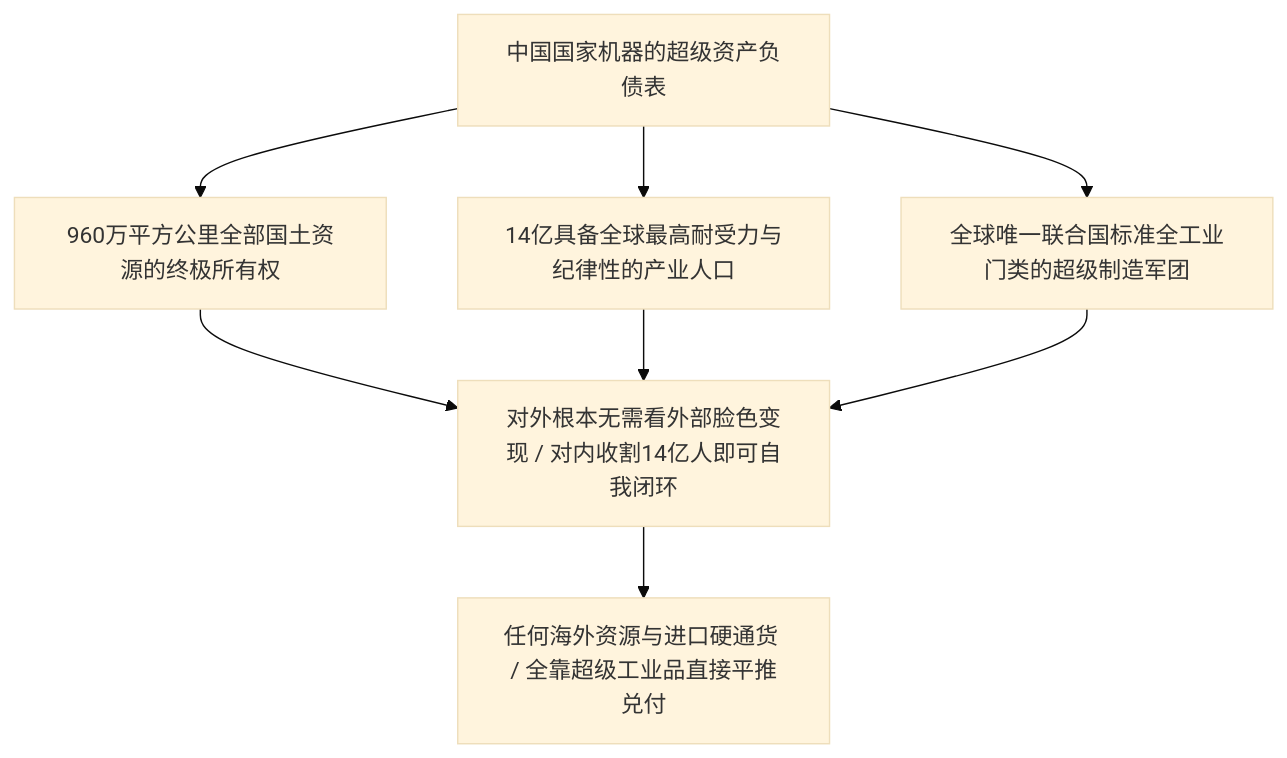
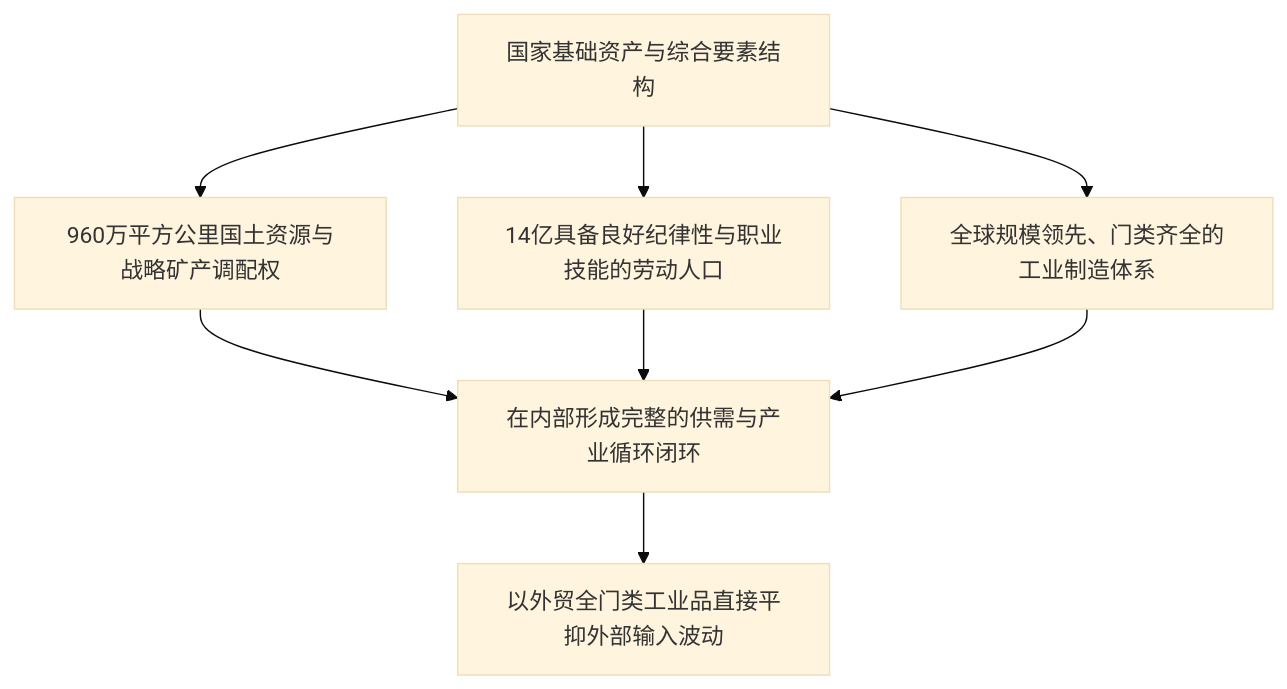
One commit to Terry-/glog changed the second of 2 diagrams in src/content/blog/The Physical Limits of MMT and Balance Sheet Recession 2026-10-25.md. Above: the diagram before and after it, drawn with Mermaid (base theme). The commit also changed other lines of this file and 12 other files, not shown here.

````diff
--- a/src/content/blog/The Physical Limits of MMT and Balance Sheet Recession 2026-10-25.md
+++ b/src/content/blog/The Physical Limits of MMT and Balance Sheet Recession 2026-10-25.md
@@ -75,9 +74,9 @@
 ```mermaid
 graph TD
-    A["中国国家机器的超级资产负债表"] --> B["960万平方公里全部国土资源的终极所有权"]
-    A --> C["14亿具备全球最高耐受力与纪律性的产业人口"]
-    A --> D["全球唯一联合国标准全工业门类的超级制造军团"]
+    A["国家基础资产与综合要素结构"] --> B["960万平方公里国土资源与战略矿产调配权"]
+    A --> C["14亿具备良好纪律性与职业技能的劳动人口"]
+    A --> D["全球规模领先、门类齐全的工业制造体系"]
 
-    B & C & D --> E["对外根本无需看外部脸色变现 / 对内收割14亿人即可自我闭环"]
-    E --> F["任何海外资源与进口硬通货 / 全靠超级工业品直接平推兑付"]
+    B & C & D --> E["在内部形成完整的供需与产业循环闭环"]
+    E --> F["以外贸全门类工业品直接平抑外部输入波动"]
 ```
````
